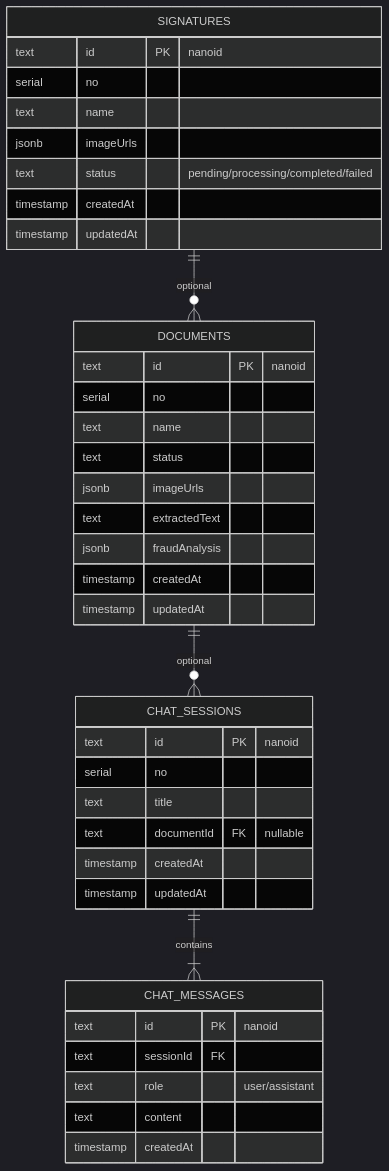
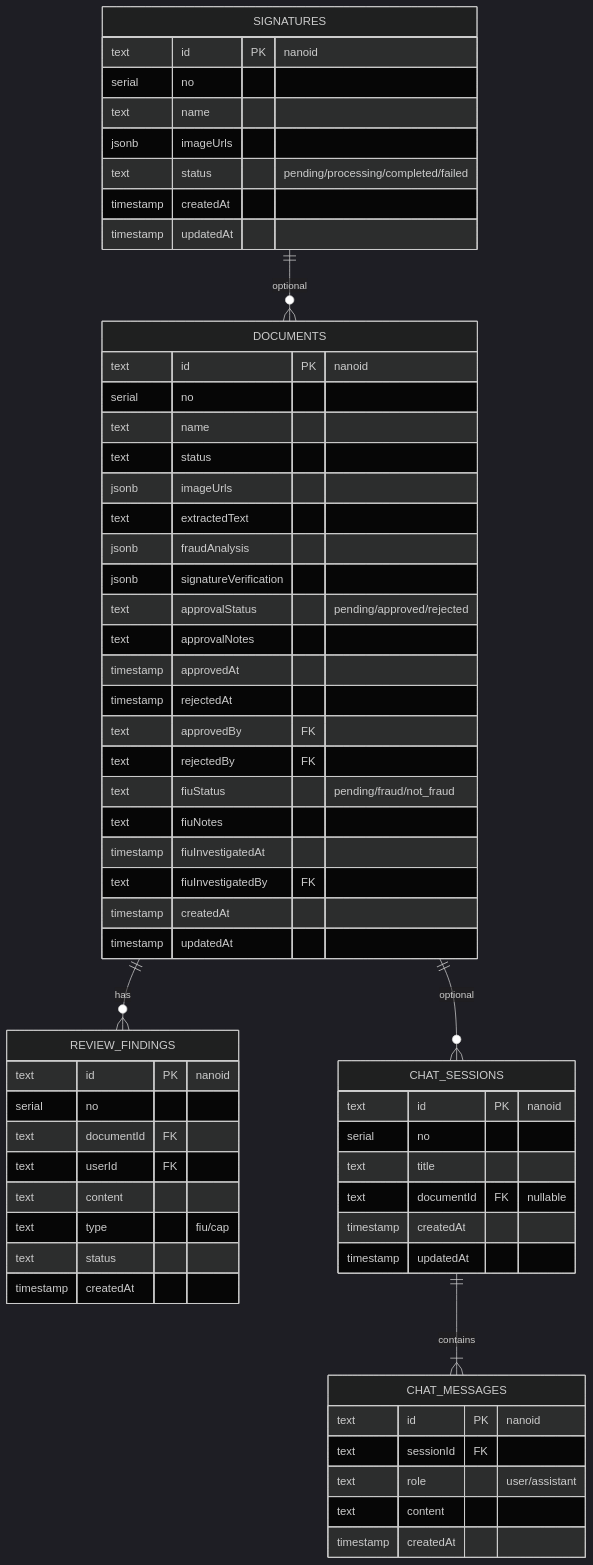
One commit to decimozs/medcurial-ai changed diagram 16 of 18 in docs/architecture-detailed.md. Above: the diagram before and after it, drawn with Mermaid (dark theme). The commit also changed other lines of this file and 1 other file, not shown here.

First line of the commit message:
docs(architecture): update architecture docs with signature verification flow

````diff
--- a/docs/architecture-detailed.md
+++ b/docs/architecture-detailed.md
@@ -532,45 +622,68 @@
 ```mermaid
 erDiagram
     SIGNATURES {
         text id PK "nanoid"
         serial no
         text name
         jsonb imageUrls
         text status "pending/processing/completed/failed"
         timestamp createdAt
         timestamp updatedAt
     }
 
     DOCUMENTS {
         text id PK "nanoid"
         serial no
         text name
         text status
         jsonb imageUrls
         text extractedText
         jsonb fraudAnalysis
+        jsonb signatureVerification
+        text approvalStatus "pending/approved/rejected"
+        text approvalNotes
+        timestamp approvedAt
+        timestamp rejectedAt
+        text approvedBy FK
+        text rejectedBy FK
+        text fiuStatus "pending/fraud/not_fraud"
+        text fiuNotes
+        timestamp fiuInvestigatedAt
+        text fiuInvestigatedBy FK
         timestamp createdAt
         timestamp updatedAt
+    }
+
+    REVIEW_FINDINGS {
+        text id PK "nanoid"
+        serial no
+        text documentId FK
+        text userId FK
+        text content
+        text type "fiu/cap"
+        text status
+        timestamp createdAt
     }
 
     CHAT_SESSIONS {
         text id PK "nanoid"
         serial no
         text title
         text documentId FK "nullable"
         timestamp createdAt
         timestamp updatedAt
     }
 
     CHAT_MESSAGES {
         text id PK "nanoid"
         text sessionId FK
         text role "user/assistant"
         text content
         timestamp createdAt
     }
 
     SIGNATURES ||--o{ DOCUMENTS : "optional"
+    DOCUMENTS ||--o{ REVIEW_FINDINGS : "has"
     DOCUMENTS ||--o{ CHAT_SESSIONS : "optional"
     CHAT_SESSIONS ||--|{ CHAT_MESSAGES : "contains"
 ```
````
